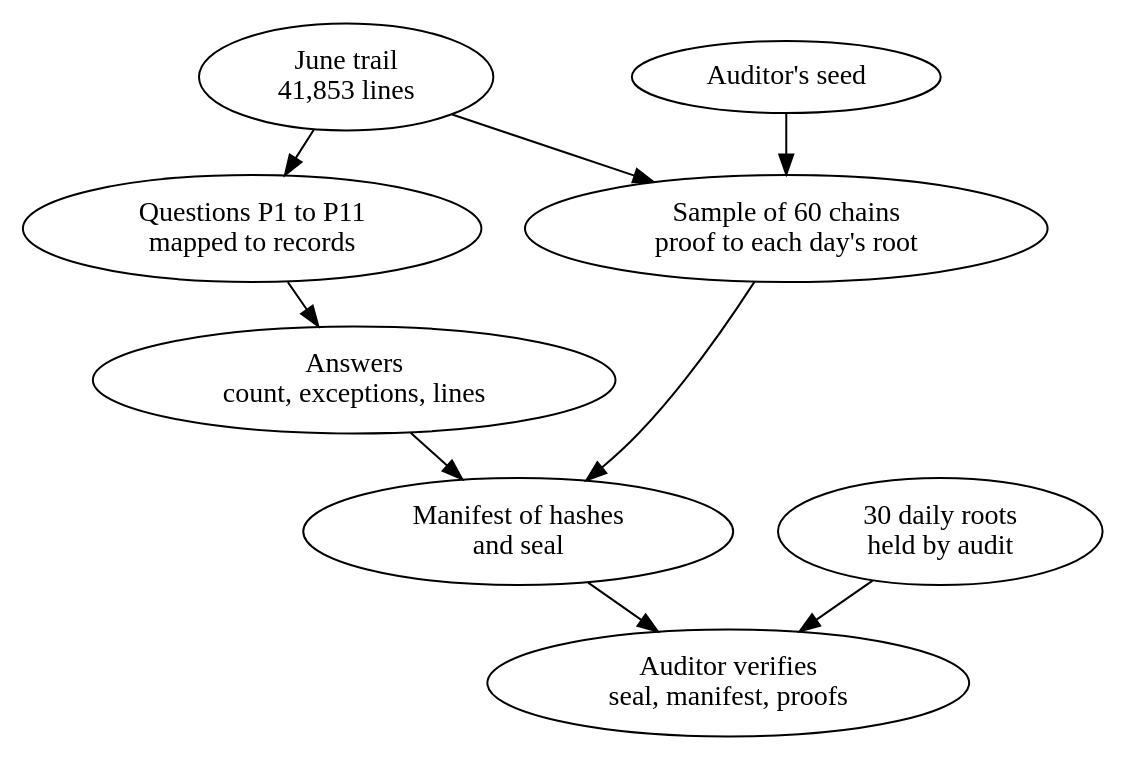
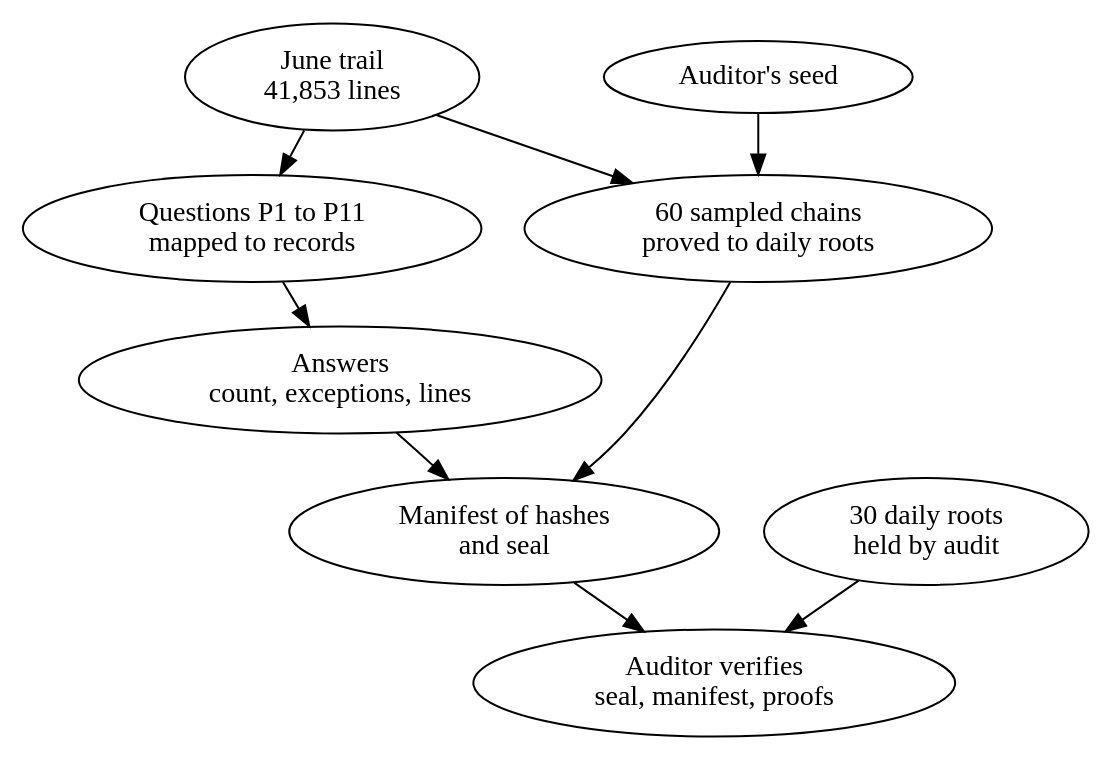
Before and after one commit to rajesh1008/system-design-book: the diagram in figures/src/ch36/fig-36-3.dot, drawn with Graphviz. The commit also changed 158 other files, not shown here.

```diff
--- a/figures/src/ch36/fig-36-3.dot
+++ b/figures/src/ch36/fig-36-3.dot
@@ -1,27 +1,27 @@
 // Figure 36.3  The evidence pack from the trail
 // Reading order: top to bottom. A month of trail answers the period
 // questions with counts, exceptions, and the sequence numbers behind
 // them; the auditor's seed draws 60 complete chains, each proven
 // against its day's root; a manifest of hashes and a seal close the
 // pack, and the auditor verifies it against roots audit holds.
 // From assurance.pack and assurance.anchor.
 digraph flow {
 #include "book.gv"
   rankdir=TB; nodesep=0.3; ranksep=0.3;
   trail [label="June trail\n41,853 lines", class="evidence store"];
   q [label="Questions P1 to P11\nmapped to records", class="evidence"];
   seed [label="Auditor's seed", class="org human"];
   ans [label="Answers\ncount, exceptions, lines", class="evidence"];
-  smp [label="Sample of 60 chains\nproof to each day's root", class="evidence"];
+  smp [label="60 sampled chains\nproved to daily roots", class="evidence"];
   man [label="Manifest of hashes\nand seal", class="policy gate"];
   roots [label="30 daily roots\nheld by audit", class="evidence store"];
   ver [label="Auditor verifies\nseal, manifest, proofs", class="verified gate"];
   trail -> q [class="data"];
   q -> ans [class="data"];
   trail -> smp [class="data"];
   seed -> smp [class="data"];
   ans -> man [class="control"];
   smp -> man [class="control"];
   man -> ver [class="control"];
   roots -> ver [class="trail"];
 }
```
